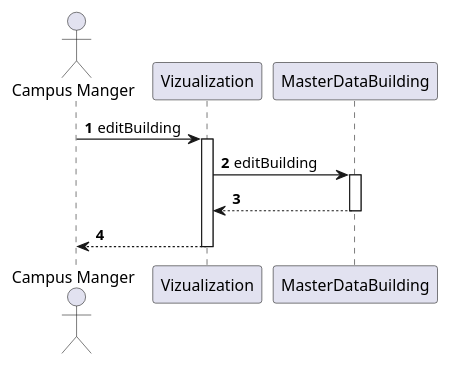
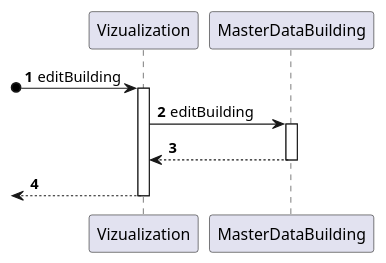
Before and after one commit to Pedro-Pereira1/sem5pi_23_24_g056: the diagram in docs/US_170/Diagrams/Level2/ProcessLevel2.puml, drawn with PlantUML. The commit also changed 1 other file, not shown here.

```diff
--- a/docs/US_170/Diagrams/Level2/ProcessLevel2.puml
+++ b/docs/US_170/Diagrams/Level2/ProcessLevel2.puml
@@ -1,21 +1,20 @@
 @startuml processLevel1
 'https://plantuml.com/sequence-diagram
 
 autonumber
-actor "Campus Manger" as CM
 participant Vizualization
 participant MasterDataBuilding
 
-CM -> Vizualization : editBuilding
+?o->Vizualization : editBuilding
 activate Vizualization
 
 Vizualization -> MasterDataBuilding : editBuilding
 activate MasterDataBuilding
 
 MasterDataBuilding --> Vizualization
 deactivate MasterDataBuilding
 
-Vizualization --> CM
+<--Vizualization
 deactivate Vizualization
 
 @enduml
```
